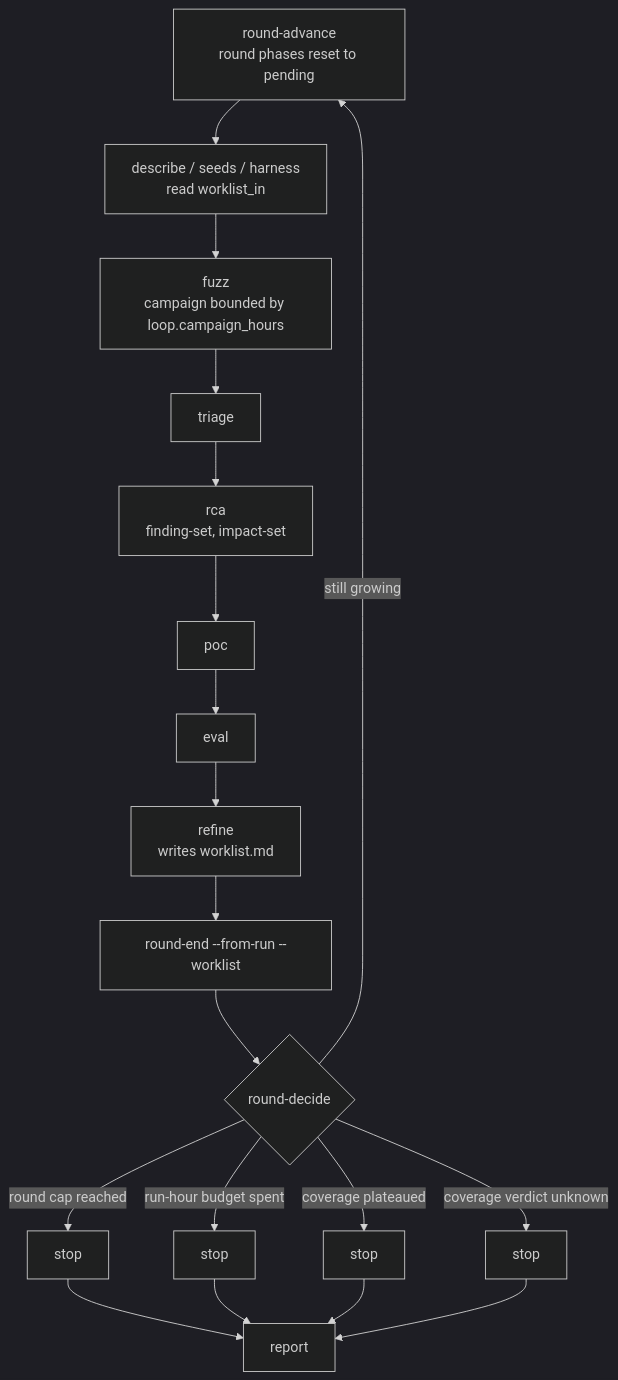
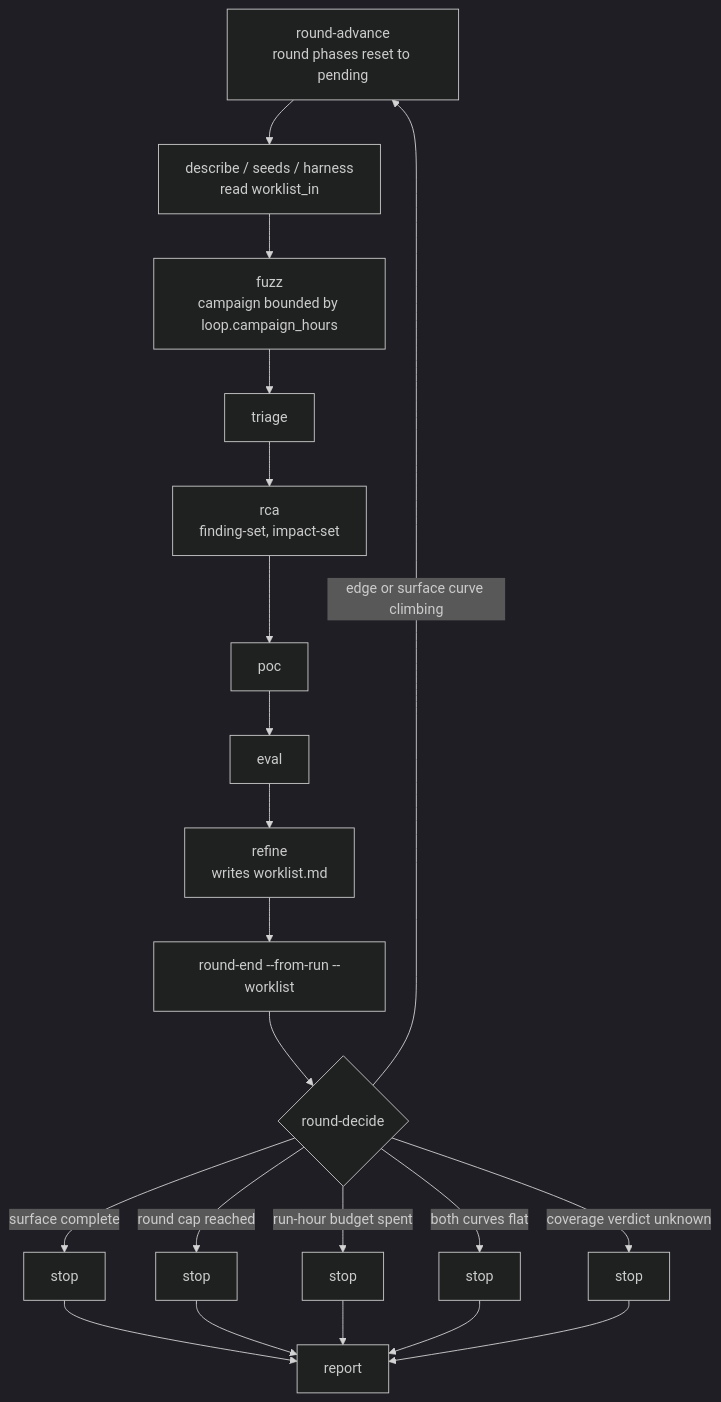
Before and after one commit to Indspl0it/gspwn: the first of 10 diagrams in docs/src/content/docs/architecture/loops.md, drawn with Mermaid (dark theme). The commit also changed other lines of this file and 247 other files, not shown here.

````diff
--- a/docs/src/content/docs/architecture/loops.md
+++ b/docs/src/content/docs/architecture/loops.md
@@ -50,21 +50,23 @@
 ```mermaid
 flowchart TB
   A["round-advance<br/>round phases reset to pending"] --> B["describe / seeds / harness<br/>read worklist_in"]
   B --> C["fuzz<br/>campaign bounded by loop.campaign_hours"]
   C --> D["triage"]
   D --> E["rca<br/>finding-set, impact-set"]
   E --> F["poc"]
   F --> G["eval"]
   G --> H["refine<br/>writes worklist.md"]
   H --> I["round-end --from-run --worklist"]
   I --> J{"round-decide"}
+  J -->|"surface complete"| S0["stop"]
   J -->|"round cap reached"| S1["stop"]
   J -->|"run-hour budget spent"| S2["stop"]
-  J -->|"coverage plateaued"| S3["stop"]
+  J -->|"both curves flat"| S3["stop"]
   J -->|"coverage verdict unknown"| S4["stop"]
-  J -->|"still growing"| A
-  S1 --> R["report"]
+  J -->|"edge or surface curve climbing"| A
+  S0 --> R["report"]
+  S1 --> R
   S2 --> R
   S3 --> R
   S4 --> R
 ```
````
